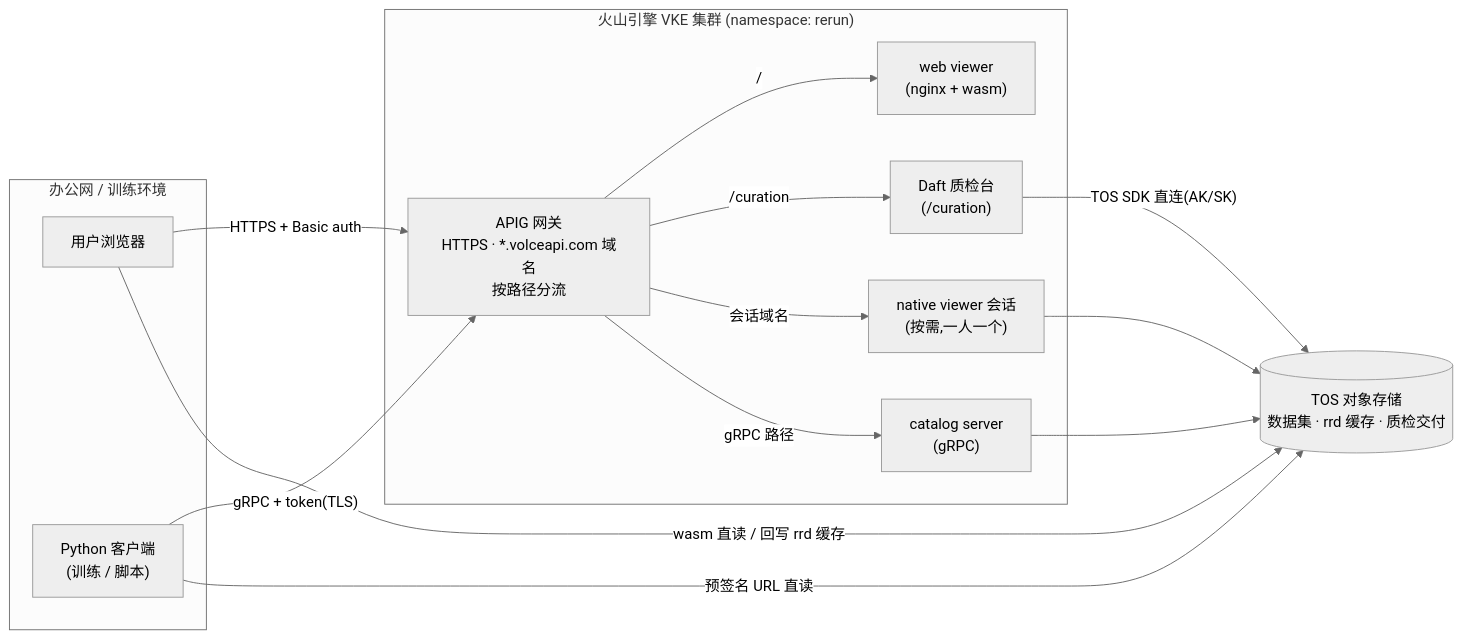
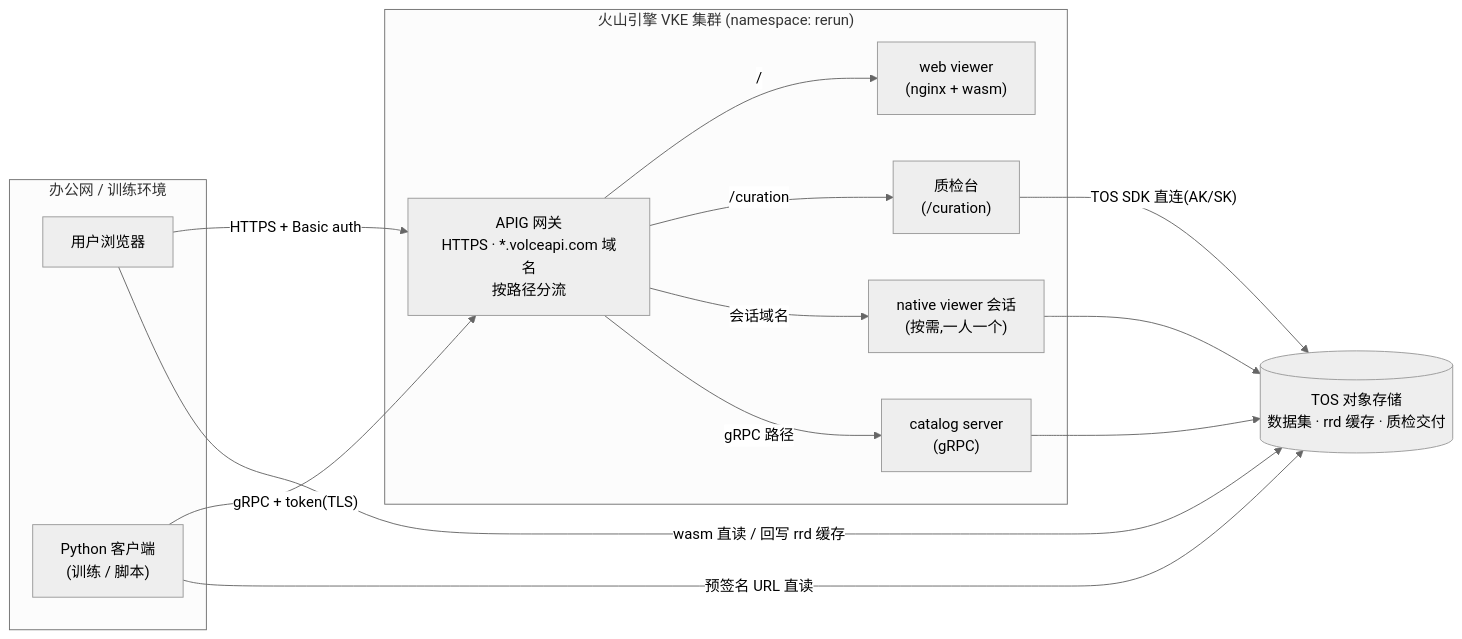
One commit to bytedance-iaas/rerun changed the diagram in docs/release/01-overview.md. Above: the diagram before and after it, drawn with Mermaid (neutral theme). The commit also changed other lines of this file and 3 other files, not shown here.

````diff
--- a/docs/release/01-overview.md
+++ b/docs/release/01-overview.md
@@ -73,29 +73,29 @@
 ```mermaid
 flowchart LR
     subgraph office["办公网 / 训练环境"]
         browser["用户浏览器"]
         train["Python 客户端<br/>(训练 / 脚本)"]
     end
 
     subgraph cloud["火山引擎 VKE 集群 (namespace: rerun)"]
         apig["APIG 网关<br/>HTTPS · *.volceapi.com 域名<br/>按路径分流"]
         web["web viewer<br/>(nginx + wasm)"]
         catalog["catalog server<br/>(gRPC)"]
-        daft["Daft 质检台<br/>(/curation)"]
+        curation["质检台<br/>(/curation)"]
         native["native viewer 会话<br/>(按需,一人一个)"]
     end
 
     tos[("TOS 对象存储<br/>数据集 · rrd 缓存 · 质检交付")]
 
     browser -- "HTTPS + Basic auth" --> apig
     apig -- "/" --> web
-    apig -- "/curation" --> daft
+    apig -- "/curation" --> curation
     apig -- "会话域名" --> native
     apig -- "gRPC 路径" --> catalog
     train -- "gRPC + token(TLS)" --> apig
     train -- "预签名 URL 直读" --> tos
     browser -- "wasm 直读 / 回写 rrd 缓存" --> tos
     catalog --> tos
-    daft -- "TOS SDK 直连(AK/SK)" --> tos
+    curation -- "TOS SDK 直连(AK/SK)" --> tos
     native --> tos
 ```
````
